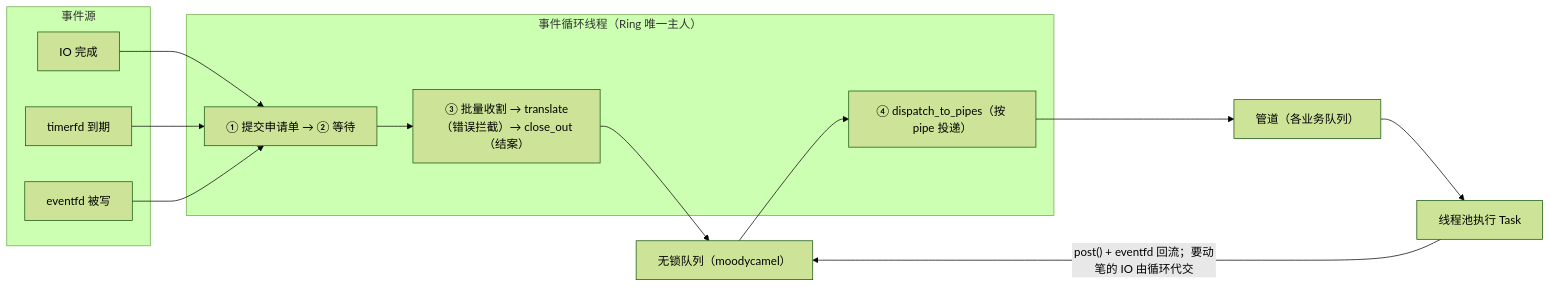
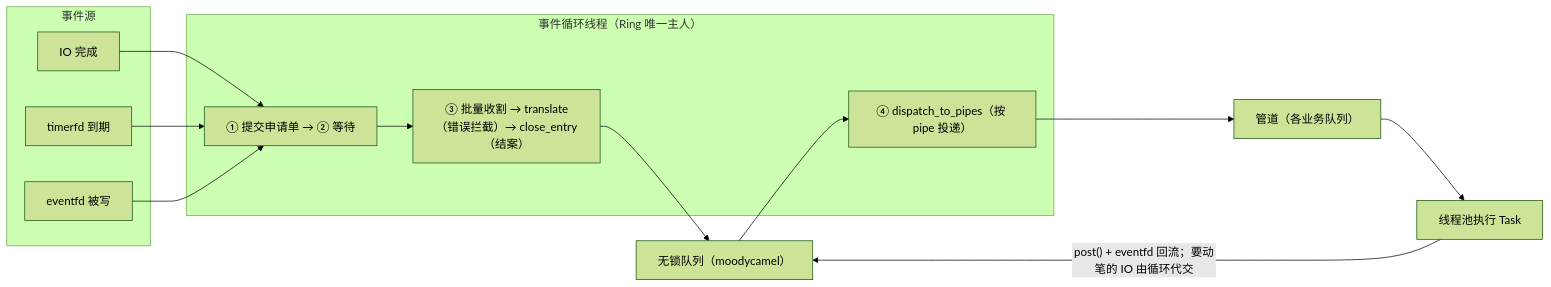
Before and after one commit to hihfe/smartdoll: the diagram in doc/modules/01-dispatcher.md, drawn with Mermaid (forest theme). The commit also changed other lines of this file and 8 other files, not shown here.

````diff
--- a/doc/modules/01-dispatcher.md
+++ b/doc/modules/01-dispatcher.md
@@ -222,28 +329,28 @@
 ```mermaid
 flowchart LR
     subgraph SRC["事件源"]
         IO["IO 完成"]
         TMR["timerfd 到期"]
         EFD["eventfd 被写"]
     end
 
     subgraph LOOP["事件循环线程（Ring 唯一主人）"]
         SUB["① 提交申请单 → ② 等待"]
-        HARV["③ 批量收割 → translate（错误拦截）→ close_out（结案）"]
+        HARV["③ 批量收割 → translate（错误拦截）→ close_entry（结案）"]
         DISP["④ dispatch_to_pipes（按 pipe 投递）"]
     end
 
     Q["无锁队列（moodycamel）"]
     PIPE["管道（各业务队列）"]
     POOL["线程池执行 Task"]
 
     IO --> SUB
     TMR --> SUB
     EFD --> SUB
     SUB --> HARV
     HARV --> Q
     Q --> DISP
     DISP --> PIPE
     PIPE --> POOL
     POOL -->|"post() + eventfd 回流；要动笔的 IO 由循环代交"| Q
 ```
````
